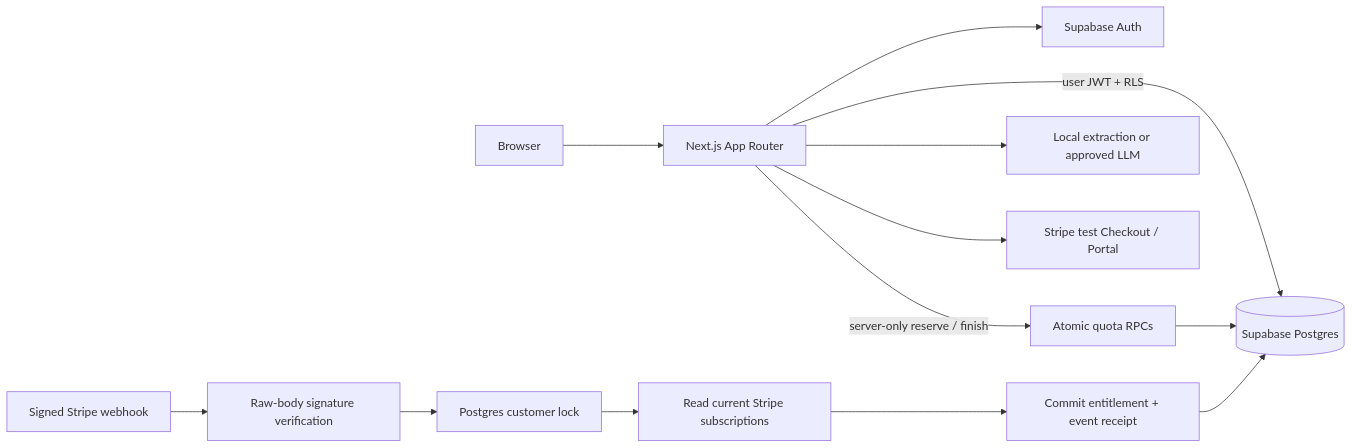
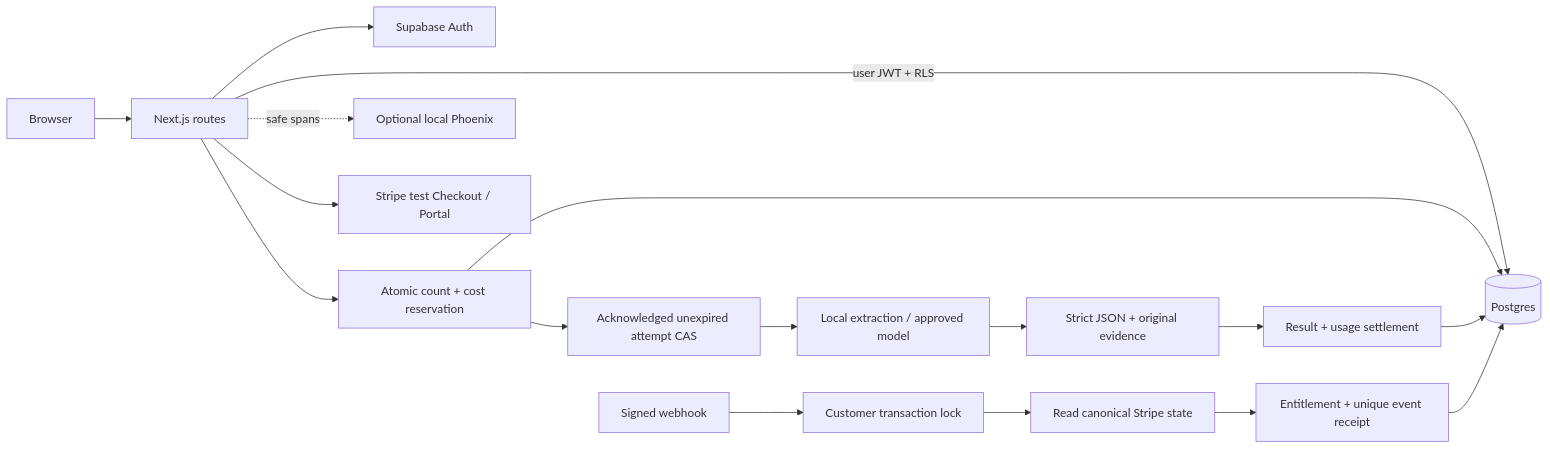
The diagram in README.md (IgorFedchenko/signal-notes-ai-saas), drawn with Mermaid before and after one commit. The commit also changed other lines of this file and 37 other files, not shown here.

````diff
--- a/README.md
+++ b/README.md
@@ -59,15 +61,19 @@
 ```mermaid
 flowchart LR
-    Browser[Browser] --> Next[Next.js App Router]
+    Browser --> Next[Next.js routes]
     Next --> Auth[Supabase Auth]
-    Next -->|user JWT + RLS| DB[(Supabase Postgres)]
-    Next -->|server-only reserve / finish| Quota[Atomic quota RPCs]
-    Quota --> DB
-    Next --> AI[Local extraction or approved LLM]
+    Next -->|user JWT + RLS| DB[(Postgres)]
+    Next --> Reserve[Atomic count + cost reservation]
+    Reserve --> DB
+    Reserve --> Permit[Acknowledged unexpired attempt CAS]
+    Permit --> Model[Local extraction / approved model]
+    Model --> Validate[Strict JSON + original evidence]
+    Validate --> Persist[Result + usage settlement]
+    Persist --> DB
+    Next -. safe spans .-> Phoenix[Optional local Phoenix]
     Next --> Checkout[Stripe test Checkout / Portal]
-    Stripe[Signed Stripe webhook] --> Verify[Raw-body signature verification]
-    Verify --> Lock[Postgres customer lock]
-    Lock --> Current[Read current Stripe subscriptions]
-    Current --> Commit[Commit entitlement + event receipt]
+    Stripe[Signed webhook] --> Lock[Customer transaction lock]
+    Lock --> Current[Read canonical Stripe state]
+    Current --> Commit[Entitlement + unique event receipt]
     Commit --> DB
 ```
````
